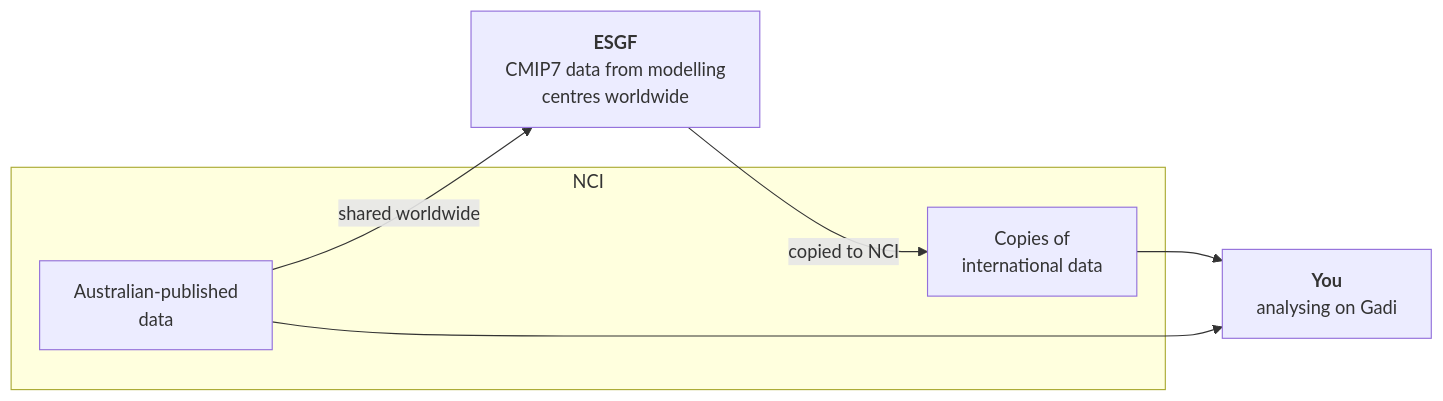
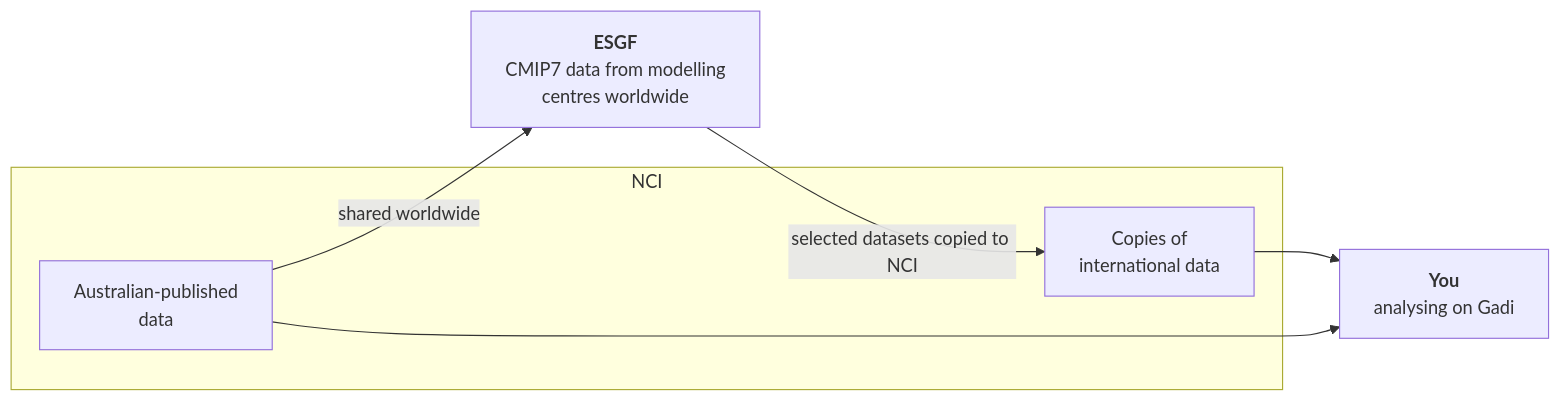
Before and after one commit to ACCESS-NRI/cmip7-data-docs: the diagram in documentation/docs/pages/get-set-up-nci/index.md, drawn with Mermaid.

Commit message:
minor wording update

````diff
--- a/documentation/docs/pages/get-set-up-nci/index.md
+++ b/documentation/docs/pages/get-set-up-nci/index.md
@@ -17,13 +17,13 @@
     ```mermaid
     flowchart LR
         esgf["<b>ESGF</b><br/>CMIP7 data from modelling<br/>centres worldwide"]
         subgraph nci["NCI"]
             rep["Copies of<br/>international data"]
             aus["Australian-published<br/>data"]
         end
         gadi["<b>You</b><br/>analysing on Gadi"]
-        esgf -->|copied to NCI| rep
+        esgf -->|selected datasets copied to NCI| rep
         aus -->|shared worldwide| esgf
         rep --> gadi
         aus --> gadi
     ```
````
